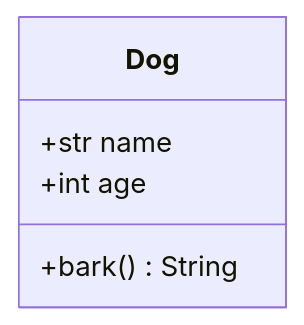
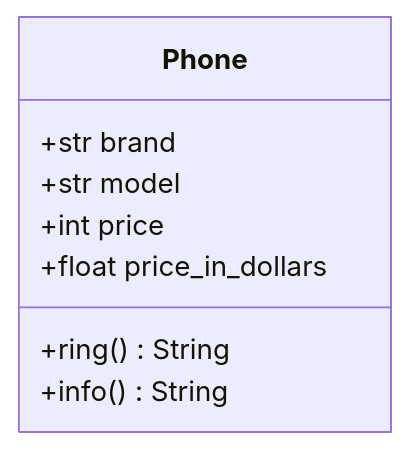
Before and after one commit to Anaziiii/top-kh-2026: the diagram in anastasiia-kava/lab5/lab5.md, drawn with Mermaid. The commit also changed other lines of this file and 1 other file, not shown here.

````diff
--- a/anastasiia-kava/lab5/lab5.md
+++ b/anastasiia-kava/lab5/lab5.md
@@ -40,8 +42,11 @@
 ```mermaid
 classDiagram
-    class Dog {
-        +str name
-        +int age
-        +bark() String
+    class Phone {
+        +str brand
+        +str model
+        +int price
+        +float price_in_dollars
+        +ring() String
+        +info() String
     }
 ```
````
